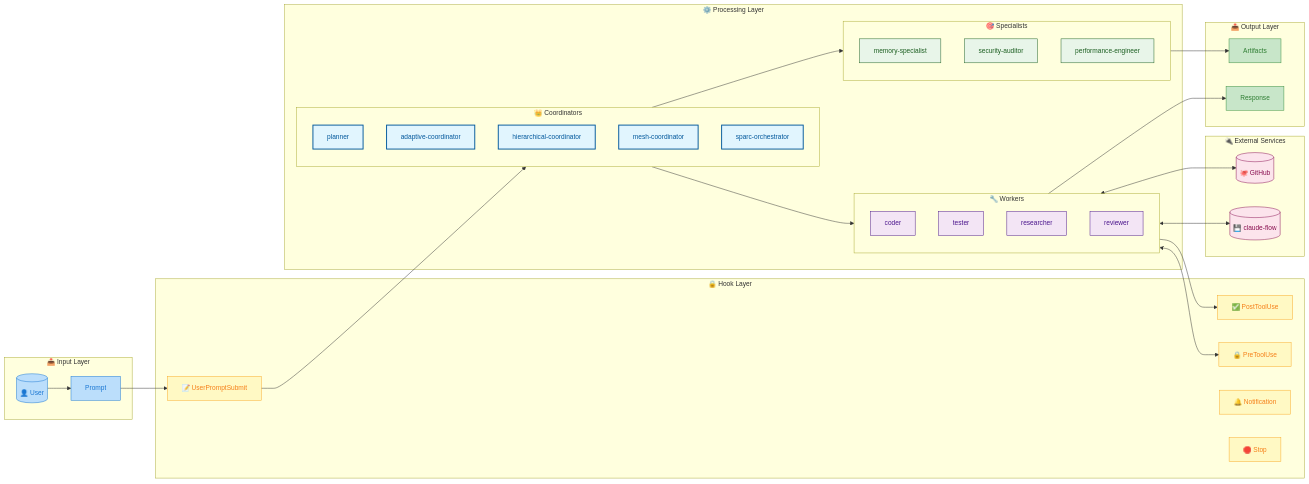
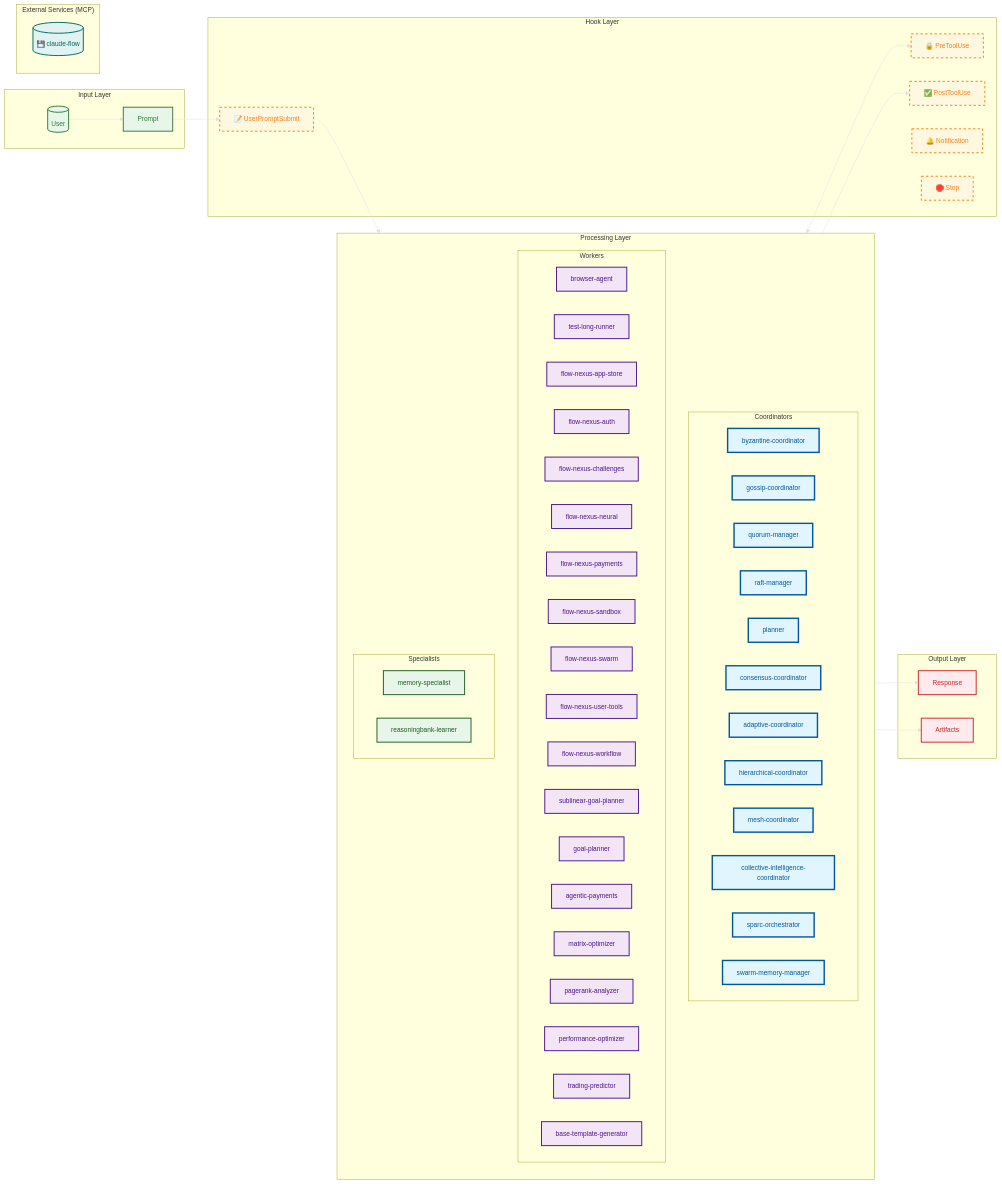
The diagram in docs/agent-architecture/dataflow.md (vipasane/agentscope), drawn with Mermaid before and after one commit. The commit also changed other lines of this file and 62 other files, not shown here.

First line of the commit message:
feat(core): implement ADR/DDD generator enhancement system

````diff
--- a/docs/agent-architecture/dataflow.md
+++ b/docs/agent-architecture/dataflow.md
@@ -5,14 +1,14 @@
 ```mermaid
-%%{init: {"theme": "default", "themeVariables": {"fontSize": "14px"}}}%%
+%%{init: {"theme":"default","themeVariables":{"background":"#ffffff","primaryBorderColor":"#e0e0e0","primaryTextColor":"#212121","secondaryTextColor":"#757575","primaryColor":"#fafafa","secondaryColor":"#e3f2fd","tertiaryColor":"#fff8e1","lineColor":"#e0e0e0","fontSize":"14px","fontFamily":"system-ui, -apple-system, sans-serif"}}}%%
 flowchart LR
     %% Agent Dataflow
 
-    subgraph Input["📥 Input Layer"]
-        USER[("👤 User")]
+    subgraph Input["Input Layer"]
+        USER[("User")]
         PROMPT["Prompt"]
     end
 
-    subgraph Hooks["🔒 Hook Layer"]
+    subgraph Hooks["Hook Layer"]
         hook_PreToolUse["🔒 PreToolUse"]
         hook_PostToolUse["✅ PostToolUse"]
         hook_UserPromptSubmit["📝 UserPromptSubmit"]
@@ -20,33 +16,53 @@
         hook_Stop["🛑 Stop"]
     end
 
-    subgraph Processing["⚙️ Processing Layer"]
-        subgraph Coordinators["👑 Coordinators"]
+    subgraph Processing["Processing Layer"]
+        subgraph Coordinators["Coordinators"]
+            byzantine_coordinator["byzantine-coordinator"]
+            gossip_coordinator["gossip-coordinator"]
+            quorum_manager["quorum-manager"]
+            raft_manager["raft-manager"]
             planner["planner"]
+            consensus_coordinator["consensus-coordinator"]
             adaptive_coordinator["adaptive-coordinator"]
             hierarchical_coordinator["hierarchical-coordinator"]
             mesh_coordinator["mesh-coordinator"]
+            collective_intelligence_coordinator["collective-intelligence-coordinator"]
             sparc_orchestrator["sparc-orchestrator"]
+            swarm_memory_manager["swarm-memory-manager"]
         end
-        subgraph Workers["🔧 Workers"]
-            coder["coder"]
-            tester["tester"]
-            researcher["researcher"]
-            reviewer["reviewer"]
+        subgraph Workers["Workers"]
+            browser_agent["browser-agent"]
+            test_long_runner["test-long-runner"]
+            flow_nexus_app_store["flow-nexus-app-store"]
+            flow_nexus_auth["flow-nexus-auth"]
+            flow_nexus_challenges["flow-nexus-challenges"]
+            flow_nexus_neural["flow-nexus-neural"]
+            flow_nexus_payments["flow-nexus-payments"]
+            flow_nexus_sandbox["flow-nexus-sandbox"]
+            flow_nexus_swarm["flow-nexus-swarm"]
+            flow_nexus_user_tools["flow-nexus-user-tools"]
+            flow_nexus_workflow["flow-nexus-workflow"]
+            sublinear_goal_planner["sublinear-goal-planner"]
+            goal_planner["goal-planner"]
+            agentic_payments["agentic-payments"]
+            matrix_optimizer["matrix-optimizer"]
+            pagerank_analyzer["pagerank-analyzer"]
+            performance_optimizer["performance-optimizer"]
+            trading_predictor["trading-predictor"]
+            base_template_generator["base-template-generator"]
         end
-        subgraph Specialists["🎯 Specialists"]
+        subgraph Specialists["Specialists"]
             memory_specialist["memory-specialist"]
-            security_auditor["security-auditor"]
-            performance_engineer["performance-engineer"]
+            reasoningbank_learner["reasoningbank-learner"]
         end
     end
 
-    subgraph External["🔌 External Services"]
+    subgraph External["External Services (MCP)"]
         mcp_claude_flow[("💾 claude-flow")]
-        mcp_github[("🐙 GitHub")]
     end
 
-    subgraph Output["📤 Output Layer"]
+    subgraph Output["Output Layer"]
         RESPONSE["Response"]
         ARTIFACTS["Artifacts"]
     end
@@ -54,30 +70,131 @@
     %% Data Flow
     USER --> PROMPT
     PROMPT --> hook_UserPromptSubmit
-    hook_UserPromptSubmit --> Coordinators
-    Coordinators --> Workers
-    Coordinators --> Specialists
-    Workers <--> hook_PreToolUse
-    Workers --> hook_PostToolUse
-    Workers <--> mcp_claude_flow
-    Workers <--> mcp_github
-    Workers --> RESPONSE
-    Specialists --> ARTIFACTS
+    hook_UserPromptSubmit --> Processing
+    Processing <--> hook_PreToolUse
+    Processing --> hook_PostToolUse
+    Processing --> RESPONSE
+    Processing --> ARTIFACTS
 
     %% Styling
-    classDef input fill:#bbdefb,stroke:#1976d2,color:#1976d2
-    classDef hook fill:#fff9c4,stroke:#f9a825,color:#f57f17
-    classDef coordinator fill:#e1f5fe,stroke:#01579b,stroke-width:2px,color:#01579b
-    classDef worker fill:#f3e5f5,stroke:#4a148c,color:#4a148c
-    classDef specialist fill:#e8f5e9,stroke:#1b5e20,color:#1b5e20
-    classDef mcp fill:#fce4ec,stroke:#880e4f,color:#880e4f
-    classDef output fill:#c8e6c9,stroke:#388e3c,color:#2e7d32
-
+    classDef coordinator fill:#e1f5fe,stroke:#01579b,color:#01579b,stroke-width:3px
+    classDef worker fill:#f3e5f5,stroke:#4a148c,color:#4a148c,stroke-width:2px
+    classDef specialist fill:#e8f5e9,stroke:#1b5e20,color:#1b5e20,stroke-width:2px
+    classDef reviewer fill:#fff3e0,stroke:#e65100,color:#e65100,stroke-width:2px
+    classDef custom fill:#fce4ec,stroke:#880e4f,color:#880e4f,stroke-width:2px
+    classDef input fill:#e8f5e9,stroke:#2e7d32,color:#2e7d32,stroke-width:2px
+    classDef output fill:#ffebee,stroke:#c62828,color:#c62828,stroke-width:2px
+    classDef hook fill:#fff8e1,stroke:#f57f17,color:#f57f17,stroke-width:2px,stroke-dasharray:5 5
+    classDef mcp fill:#e0f2f1,stroke:#00695c,color:#00695c,stroke-width:2px
+    classDef skill fill:#e3f2fd,stroke:#0d47a1,color:#0d47a1,stroke-width:2px,stroke-dasharray:5 5
+    classDef subgraph_style fill:#fafafa,stroke:#9e9e9e,color:#424242,stroke-width:1px
+    classDef more fill:#f5f5f5,stroke:#757575,stroke-dasharray:3 3,color:#757575
+    classDef category fill:#fafafa,stroke:#9e9e9e,stroke-width:2px,color:#212121
     class USER,PROMPT input
     class RESPONSE,ARTIFACTS output
-    class hook_PreToolUse,hook_PostToolUse,hook_UserPromptSubmit,hook_Notification,hook_Stop hook
-    class planner,adaptive_coordinator,hierarchical_coordinator,mesh_coordinator,sparc_orchestrator coordinator
-    class coder,tester,researcher,reviewer worker
-    class memory_specialist,security_auditor,performance_engineer specialist
-    class mcp_claude_flow,mcp_github mcp
+    class hook_PreToolUse hook
+    class hook_PostToolUse hook
+    class hook_UserPromptSubmit hook
+    class hook_Notification hook
+    class hook_Stop hook
+    class _code_analyzer_ custom
+    class analyst custom
+    class _code_analyzer_ custom
+    class _system_architect_ custom
+    class _system_architect_ custom
+    class browser_agent worker
+    class byzantine_coordinator coordinator
+    class crdt_synchronizer custom
+    class gossip_coordinator coordinator
+    class performance_benchmarker custom
+    class quorum_manager coordinator
+    class raft_manager coordinator
+    class security_manager custom
+    class coder custom
+    class planner coordinator
+    class researcher custom
+    class reviewer custom
+    class tester custom
+    class test_long_runner worker
+    class _ml_developer_ custom
+    class _ml_developer_ custom
+    class _backend_dev_ custom
+    class _backend_dev_ custom
+    class _cicd_engineer_ custom
+    class _cicd_engineer_ custom
+    class _api_docs_ custom
+    class _api_docs_ custom
+    class flow_nexus_app_store worker
+    class flow_nexus_auth worker
+    class flow_nexus_challenges worker
+    class flow_nexus_neural worker
+    class flow_nexus_payments worker
+    class flow_nexus_sandbox worker
+    class flow_nexus_swarm worker
+    class flow_nexus_user_tools worker
+    class flow_nexus_workflow worker
+    class code_review_swarm custom
+    class github_modes custom
+    class issue_tracker custom
+    class multi_repo_swarm custom
+    class pr_manager custom
+    class project_board_sync custom
+    class release_manager custom
+    class release_swarm custom
+    class repo_architect custom
+    class swarm_issue custom
+    class swarm_pr custom
+    class sync_coordinator custom
+    class workflow_automation custom
+    class sublinear_goal_planner worker
+    class goal_planner worker
+    class Benchmark_Suite custom
+    class Load_Balancing_Coordinator custom
+    class Performance_Monitor custom
+    class Resource_Allocator custom
+    class Topology_Optimizer custom
+    class agentic_payments worker
+    class sona_learning_optimizer custom
+    class architecture custom
+    class pseudocode custom
+    class refinement custom
+    class specification custom
+    class _mobile_dev_ custom
+    class _mobile_dev_ custom
+    class consensus_coordinator coordinator
+    class matrix_optimizer worker
+    class pagerank_analyzer worker
+    class performance_optimizer worker
+    class trading_predictor worker
+    class adaptive_coordinator coordinator
+    class hierarchical_coordinator coordinator
+    class mesh_coordinator coordinator
+    class smart_agent custom
+    class base_template_generator worker
+    class swarm_init custom
+    class pr_manager custom
+    class sparc_coder custom
+    class memory_coordinator custom
+    class task_orchestrator custom
+    class perf_analyzer custom
+    class sparc_coord custom
+    class production_validator custom
+    class tdd_london_swarm custom
+    class adr_architect custom
+    class aidefence_guardian custom
+    class claims_authorizer custom
+    class collective_intelligence_coordinator coordinator
+    class ddd_domain_expert custom
+    class injection_analyst custom
+    class memory_specialist specialist
+    class performance_engineer custom
+    class pii_detector custom
+    class reasoningbank_learner specialist
+    class security_architect_aidefence custom
+    class security_architect custom
+    class security_auditor custom
+    class sparc_orchestrator coordinator
+    class swarm_memory_manager coordinator
+    class v3_integration_architect custom
+    class mcp_claude_flow mcp
 ```
````
